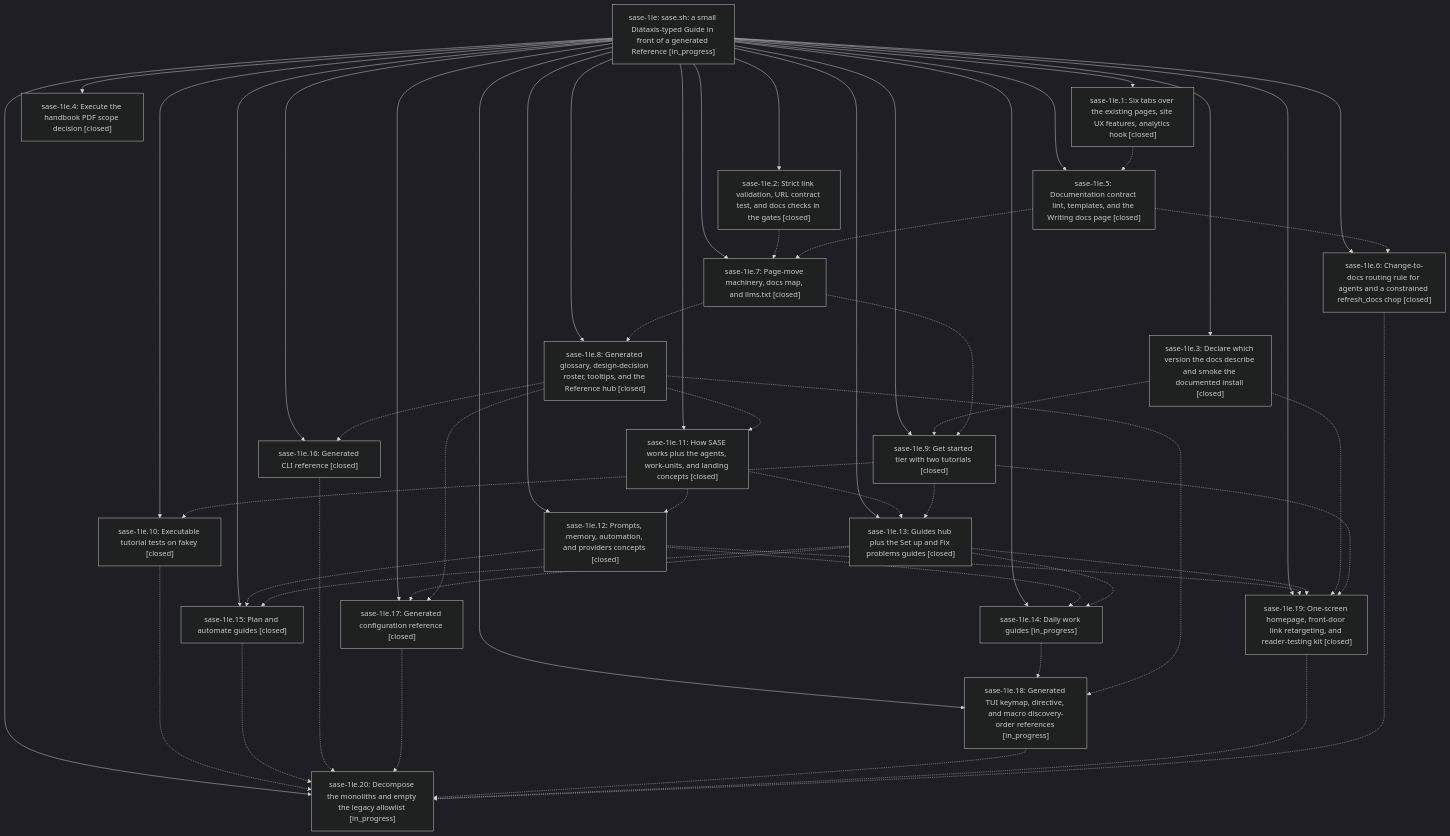
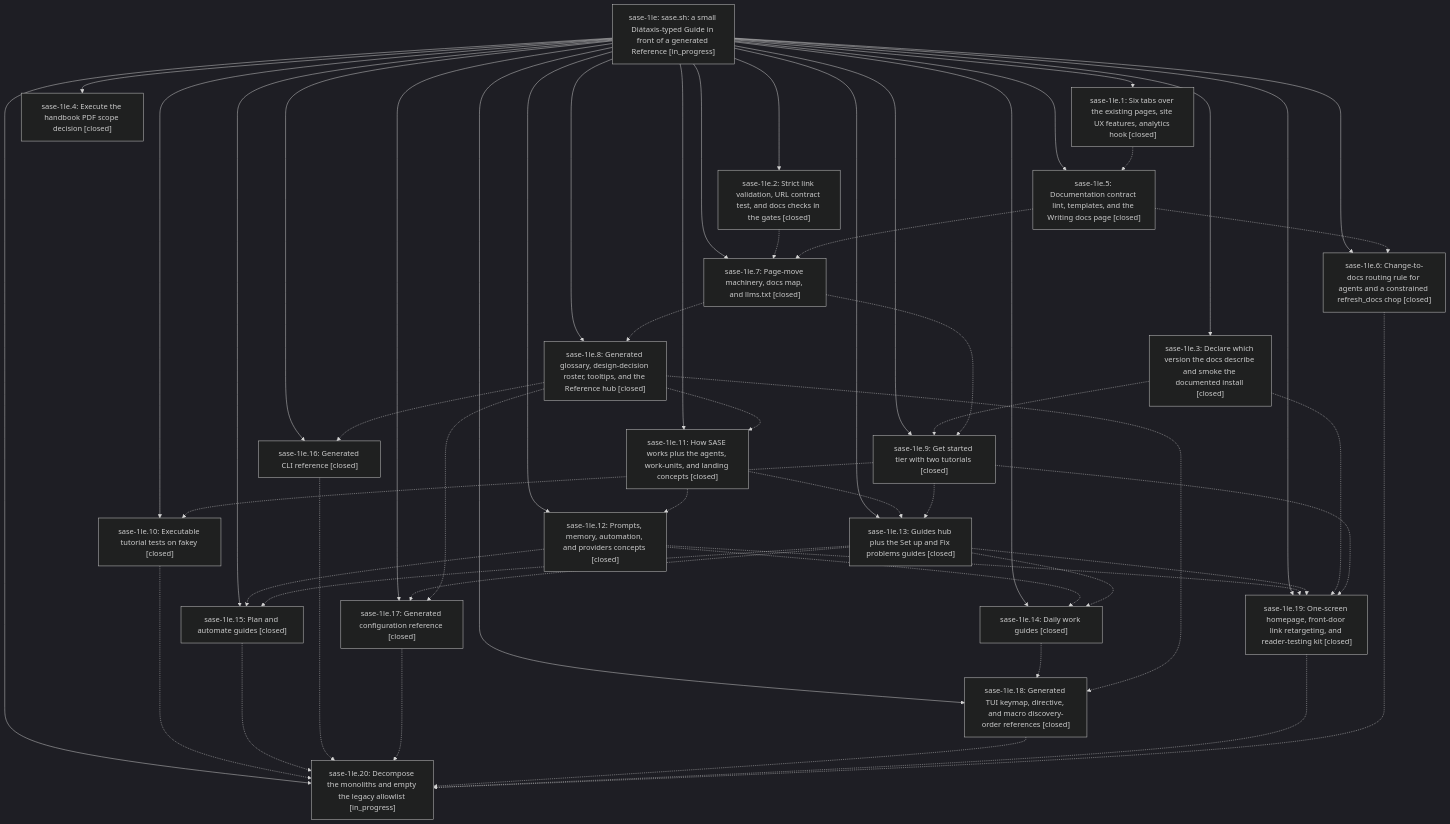
The diagram in pages/sase-1le/README.md (sase-org/sase--beads), drawn with Mermaid (dark theme) before and after one commit. The commit also changed other lines of this file and 10 other files, not shown here.

````diff
--- a/pages/sase-1le/README.md
+++ b/pages/sase-1le/README.md
@@ -47,76 +69,76 @@
 ```mermaid
 flowchart TD
     n0["sase-1le: sase.sh: a small Diátaxis-typed Guide in front of a generated Reference [in_progress]"]
     n1["sase-1le.1: Six tabs over the existing pages, site UX features, analytics hook [closed]"]
     n2["sase-1le.10: Executable tutorial tests on fakey [closed]"]
     n3["sase-1le.11: How SASE works plus the agents, work-units, and landing concepts [closed]"]
     n4["sase-1le.12: Prompts, memory, automation, and providers concepts [closed]"]
     n5["sase-1le.13: Guides hub plus the Set up and Fix problems guides [closed]"]
-    n6["sase-1le.14: Daily work guides [in_progress]"]
+    n6["sase-1le.14: Daily work guides [closed]"]
     n7["sase-1le.15: Plan and automate guides [closed]"]
     n8["sase-1le.16: Generated CLI reference [closed]"]
     n9["sase-1le.17: Generated configuration reference [closed]"]
-    n10["sase-1le.18: Generated TUI keymap, directive, and macro discovery-order references [in_progress]"]
+    n10["sase-1le.18: Generated TUI keymap, directive, and macro discovery-order references [closed]"]
     n11["sase-1le.19: One-screen homepage, front-door link retargeting, and reader-testing kit [closed]"]
     n12["sase-1le.2: Strict link validation, URL contract test, and docs checks in the gates [closed]"]
     n13["sase-1le.20: Decompose the monoliths and empty the legacy allowlist [in_progress]"]
     n14["sase-1le.3: Declare which version the docs describe and smoke the documented install [closed]"]
     n15["sase-1le.4: Execute the handbook PDF scope decision [closed]"]
     n16["sase-1le.5: Documentation contract lint, templates, and the Writing docs page [closed]"]
     n17["sase-1le.6: Change-to-docs routing rule for agents and a constrained refresh_docs chop [closed]"]
     n18["sase-1le.7: Page-move machinery, docs map, and llms.txt [closed]"]
     n19["sase-1le.8: Generated glossary, design-decision roster, tooltips, and the Reference hub [closed]"]
     n20["sase-1le.9: Get started tier with two tutorials [closed]"]
     n0 --> n1
     n0 --> n2
     n0 --> n3
     n0 --> n4
     n0 --> n5
     n0 --> n6
     n0 --> n7
     n0 --> n8
     n0 --> n9
     n0 --> n10
     n0 --> n11
     n0 --> n12
     n0 --> n13
     n0 --> n14
     n0 --> n15
     n0 --> n16
     n0 --> n17
     n0 --> n18
     n0 --> n19
     n0 --> n20
     n1 -.-> n16
     n2 -.-> n13
     n3 -.-> n4
     n3 -.-> n5
     n4 -.-> n6
     n4 -.-> n7
     n4 -.-> n11
     n5 -.-> n6
     n5 -.-> n7
     n5 -.-> n9
     n5 -.-> n11
     n6 -.-> n10
     n7 -.-> n13
     n8 -.-> n13
     n9 -.-> n13
     n10 -.-> n13
     n11 -.-> n13
     n12 -.-> n18
     n14 -.-> n11
     n14 -.-> n20
     n16 -.-> n17
     n16 -.-> n18
     n17 -.-> n13
     n18 -.-> n19
     n18 -.-> n20
     n19 -.-> n3
     n19 -.-> n8
     n19 -.-> n9
     n19 -.-> n10
     n20 -.-> n2
     n20 -.-> n5
     n20 -.-> n11
 ```
````
